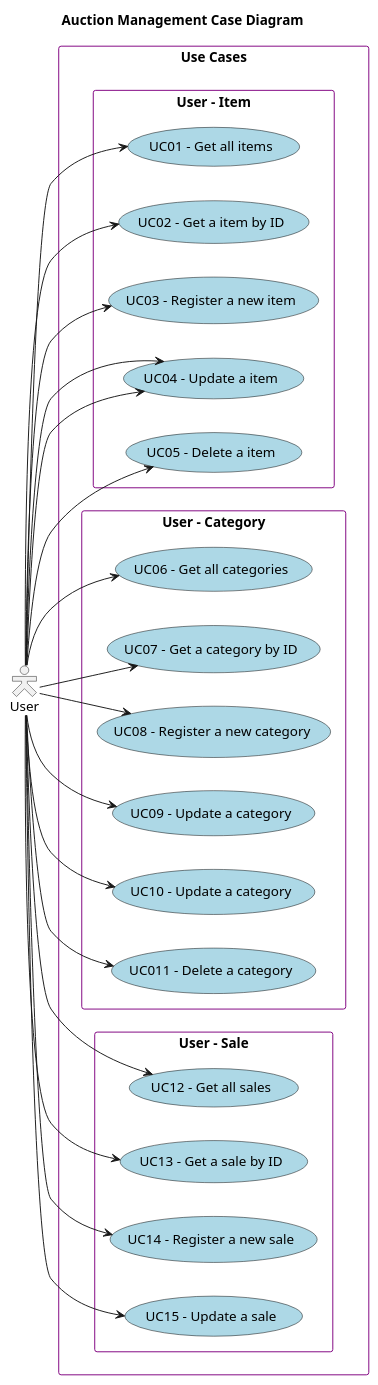
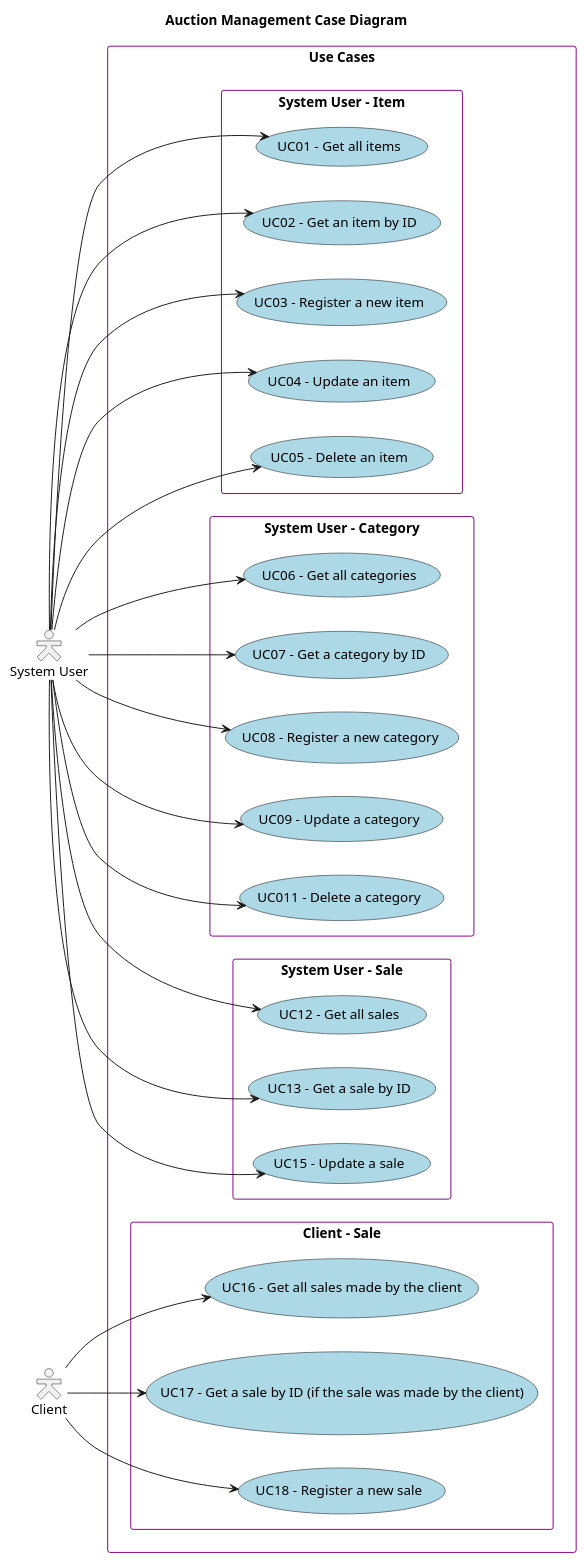
Before and after one commit to iolanda-dourado/AuctionManagement: the diagram in documentation/global-artifacts/01.requirements-engineering/UCD.puml, drawn with PlantUML. The commit also changed 14 other files, not shown here.

```diff
--- a/documentation/global-artifacts/01.requirements-engineering/UCD.puml
+++ b/documentation/global-artifacts/01.requirements-engineering/UCD.puml
@@ -1,82 +1,86 @@
 @startuml
 'skinparam monochrome true
 skinparam packageStyle rectangle
 'skinparam shadowing false
 skinparam actorStyle hollow
 
 skinparam usecase {
     BackgroundColor LightBlue
     BorderColor Black
 }
 
 skinparam rectangle{
     BorderColor Purple
 }
 
 title Auction Management Case Diagram
 
 left to right direction
 
-actor "User" as User
+actor "System User" as SystemUser
+actor "Client" as Client
 
 rectangle "Use Cases" as usecases{
-    rectangle "User - Item" as UserProdUC {
+    rectangle "System User - Item" as SysUserItemUC {
 
         usecase "UC01 - Get all items" as UC01
-        User --> UC01
+        SystemUser --> UC01
 
-        usecase "UC02 - Get a item by ID" as UC02
-        User --> UC02
+        usecase "UC02 - Get an item by ID" as UC02
+        SystemUser --> UC02
 
         usecase "UC03 - Register a new item" as UC03
-        User --> UC03
+        SystemUser --> UC03
 
-        usecase "UC04 - Update a item" as UC04
-        User --> UC04
+        usecase "UC04 - Update an item" as UC04
+        SystemUser --> UC04
 
-        usecase "UC04 - Update a item" as UC04
-        User --> UC04
-
-        usecase "UC05 - Delete a item" as UC05
-        User --> UC05
+        usecase "UC05 - Delete an item" as UC05
+        SystemUser --> UC05
     }
 
-    rectangle "User - Category" as userCategUC {
+    rectangle "System User - Category" as SysUserCategUC {
 
         usecase "UC06 - Get all categories" as UC06
-        User --> UC06
+        SystemUser --> UC06
 
         usecase "UC07 - Get a category by ID" as UC07
-        User --> UC07
+        SystemUser --> UC07
 
         usecase "UC08 - Register a new category" as UC08
-        User --> UC08
+        SystemUser --> UC08
 
         usecase "UC09 - Update a category" as UC09
-        User --> UC09
-
-        usecase "UC10 - Update a category" as UC10
-        User --> UC10
+        SystemUser --> UC09
 
         usecase "UC011 - Delete a category" as UC011
-        User --> UC011
+        SystemUser --> UC011
     }
 
-    rectangle "User - Sale" as userSaleUC {
+    rectangle "System User - Sale" as userSaleUC {
 
         usecase "UC12 - Get all sales" as UC12
-        User --> UC12
+        SystemUser --> UC12
 
         usecase "UC13 - Get a sale by ID" as UC13
-        User --> UC13
-
-        usecase "UC14 - Register a new sale" as UC14
-        User --> UC14
+        SystemUser --> UC13
 
         usecase "UC15 - Update a sale" as UC15
-        User --> UC15
+        SystemUser --> UC15
+    }
+
+    rectangle "Client - Sale" as clientSaleUC {
+
+        usecase "UC16 - Get all sales made by the client" as UC16
+        Client --> UC16
+
+        usecase "UC17 - Get a sale by ID (if the sale was made by the client)" as UC17
+        Client --> UC17
+
+        usecase "UC18 - Register a new sale" as UC18
+        Client --> UC18
     }
 
 }
 
 @enduml
```
